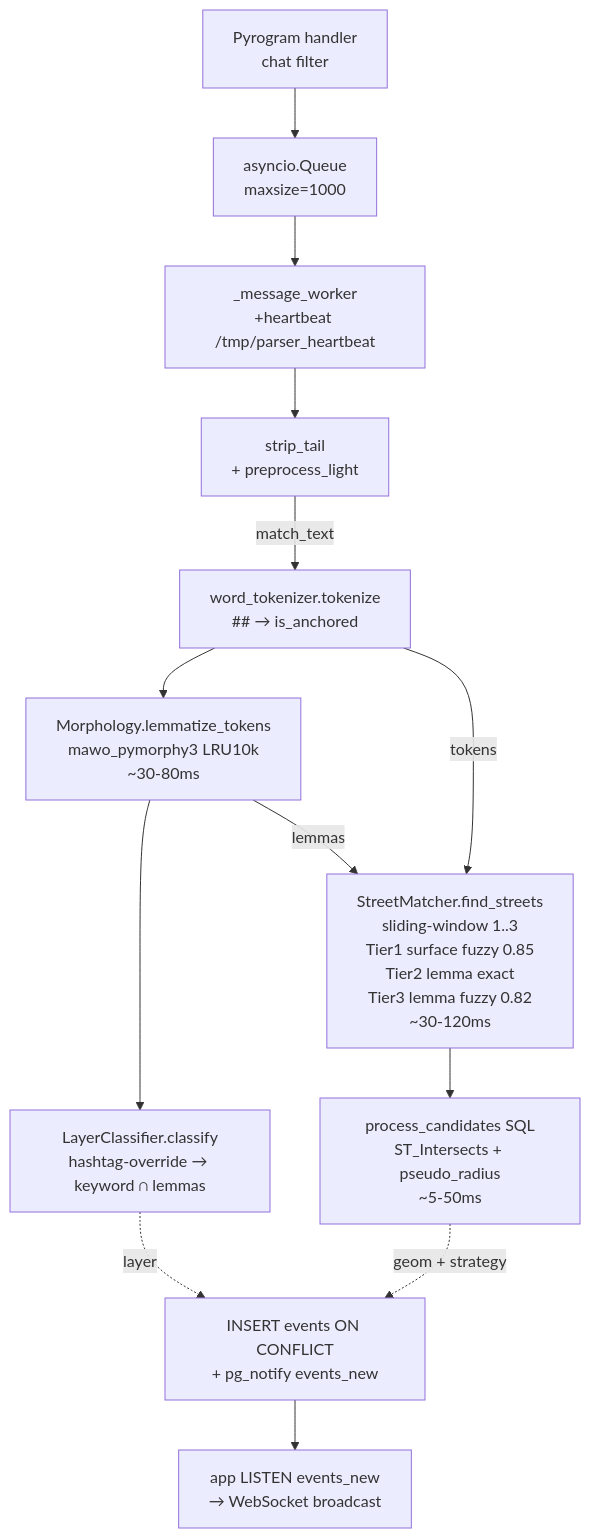
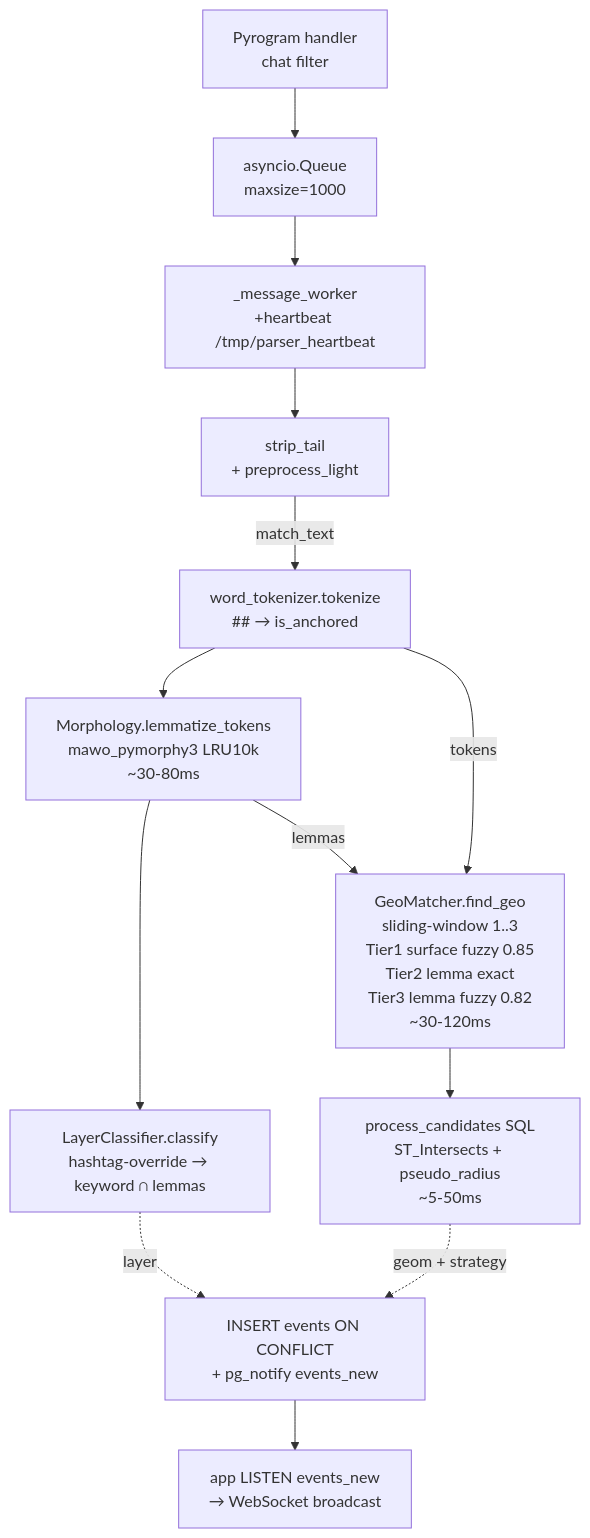
Before and after one commit to jin10r/debug: the diagram in docs/parser.md, drawn with Mermaid. The commit also changed other lines of this file and 55 other files, not shown here.

````diff
--- a/docs/parser.md
+++ b/docs/parser.md
@@ -61,15 +61,15 @@
 ```mermaid
 flowchart TD
     A[Pyrogram handler<br/>chat filter] --> B[asyncio.Queue<br/>maxsize=1000]
     B --> C[_message_worker<br/>+heartbeat /tmp/parser_heartbeat]
     C --> D[strip_tail<br/>+ preprocess_light]
     D -->|match_text| E[word_tokenizer.tokenize<br/>## → is_anchored]
     E --> F[Morphology.lemmatize_tokens<br/>mawo_pymorphy3 LRU10k<br/>~30-80ms]
     F --> G[LayerClassifier.classify<br/>hashtag-override → keyword ∩ lemmas]
     F -->|lemmas| H
-    E -->|tokens| H[StreetMatcher.find_streets<br/>sliding-window 1..3<br/>Tier1 surface fuzzy 0.85<br/>Tier2 lemma exact<br/>Tier3 lemma fuzzy 0.82<br/>~30-120ms]
+    E -->|tokens| H[GeoMatcher.find_geo<br/>sliding-window 1..3<br/>Tier1 surface fuzzy 0.85<br/>Tier2 lemma exact<br/>Tier3 lemma fuzzy 0.82<br/>~30-120ms]
     H --> I[process_candidates SQL<br/>ST_Intersects + pseudo_radius<br/>~5-50ms]
     G -.layer.-> J
     I -.geom + strategy.-> J[INSERT events ON CONFLICT<br/>+ pg_notify events_new]
     J --> K[app LISTEN events_new<br/>→ WebSocket broadcast]
 ```
````
